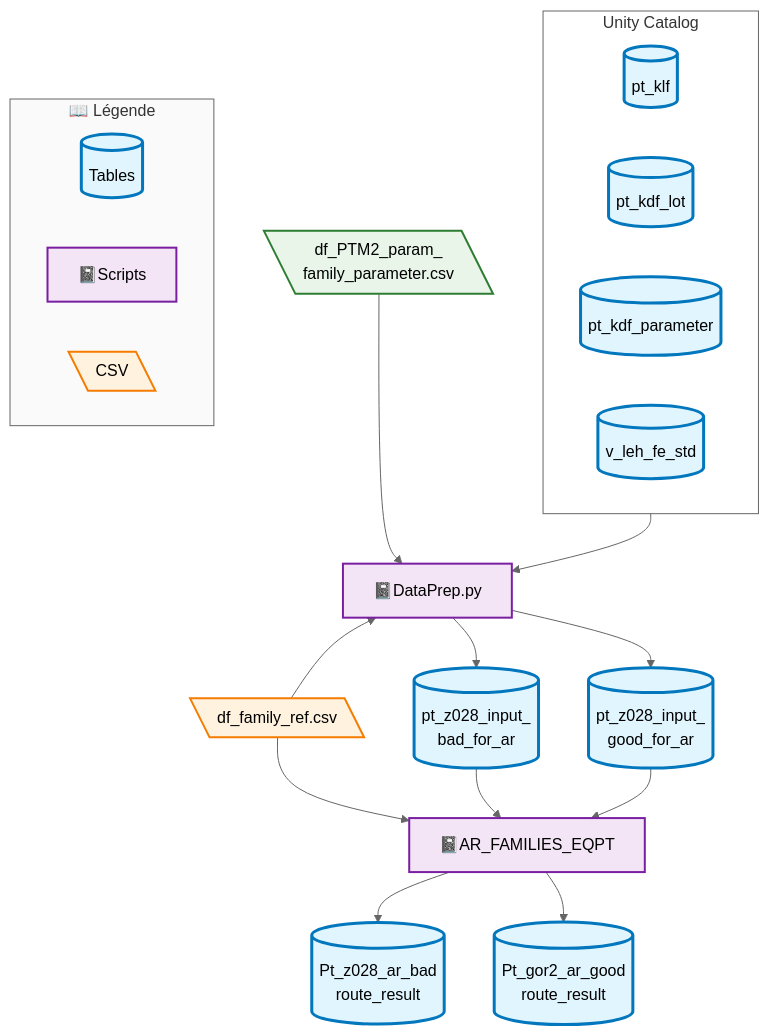
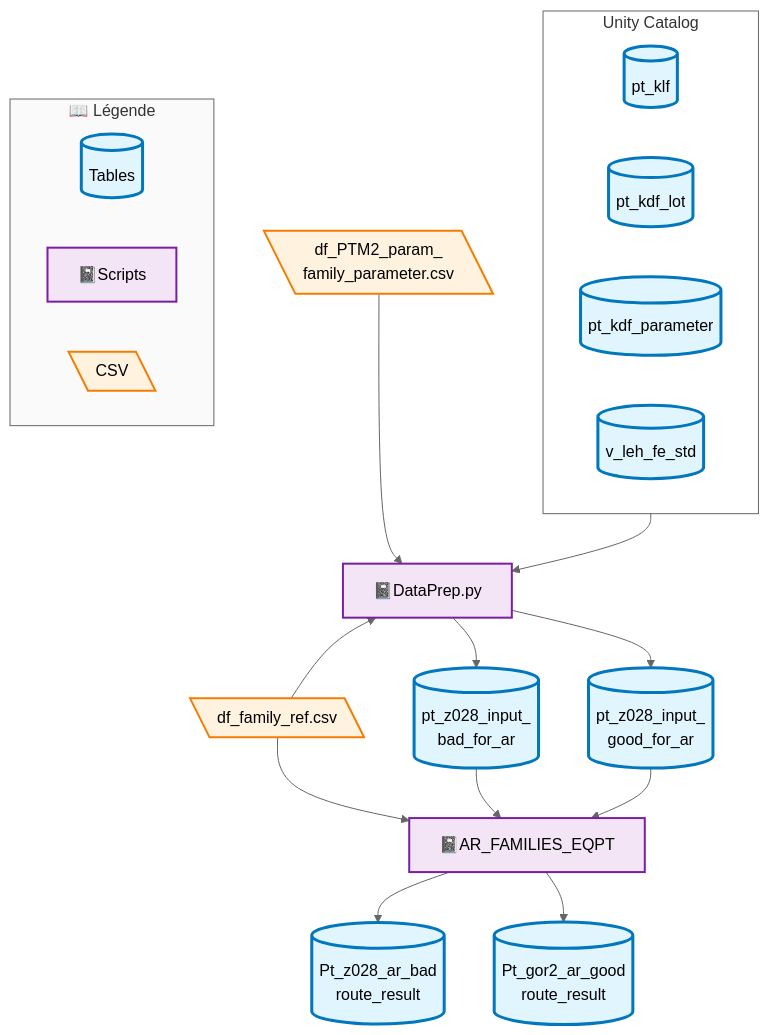
One commit to Akinalf/Z028_Project changed the first of 2 diagrams in README.md. Above: the diagram before and after it, drawn with Mermaid (neutral theme). The commit also changed other lines of this file, not shown here.

````diff
--- a/README.md
+++ b/README.md
@@ -202,72 +202,71 @@
 ```mermaid
 flowchart TD
     %% Unity Catalog avec les 4 tables en ligne
     subgraph UC ["Unity Catalog"]
         A[("pt_klf")]
         B[("pt_kdf_lot")] 
         C[("pt_kdf_parameter")]
         D[("v_leh_fe_std")]
     end
     
     %% Script principal
     E["📓DataPrep.py"]
     
     %% Fichier CSV
     F[\"df_PTM2_param_<br/>family_parameter.csv"\]
     
     %% Tables générées et Fichier CSV 
     G[("pt_z028_input_<br/>bad_for_ar")]
     H[("pt_z028_input_<br/>good_for_ar")]
     I[\"df_family_ref.csv"\]
     
     %% Scripts d'analyse
     J["📓AR_FAMILIES_EQPT"]
     
     %% Tables résultats
     K[("Pt_z028_ar_bad<br/>route_result")]
     L[("Pt_gor2_ar_good<br/>route_result")]
     
     %% Connexions principales
     UC --> E
     F --> E
     I --> E
 
     E ~~~ I 
     E --> G
     E --> H
     
 
     I --> J
     G --> J
     H --> J
 
     J --> K
     J --> L
     
     %% Légende des formes
     subgraph legend ["📖 Légende"]
         direction LR
         LT[("Tables")]
         LS["📓Scripts"]
         LC[\"CSV"\]
     end
     
     %% Styles avec couleurs distinctes
     classDef cylinder fill:#e1f5fe,stroke:#0277bd,stroke-width:3px
     classDef script fill:#f3e5f5,stroke:#7b1fa2,stroke-width:2px
-    classDef parquet fill:#e8f5e8,stroke:#2e7d32,stroke-width:2px
     classDef csv fill:#fff3e0,stroke:#f57c00,stroke-width:2px
     classDef subgraphStyle fill:#fafafa,stroke:#666,stroke-width:1px
     classDef subgraphCatalog fill:transparent,stroke:#666,stroke-width:1px
 
     class A,B,C,D,G,H,L,K cylinder
     class E,J script
-    class F parquet
+    class F csv
     class I csv
     class legend subgraphStyle
     class UC subgraphCatalog
     class LT cylinder
     class LS script
     class LF parquet
     class LC csv
 ```
````
